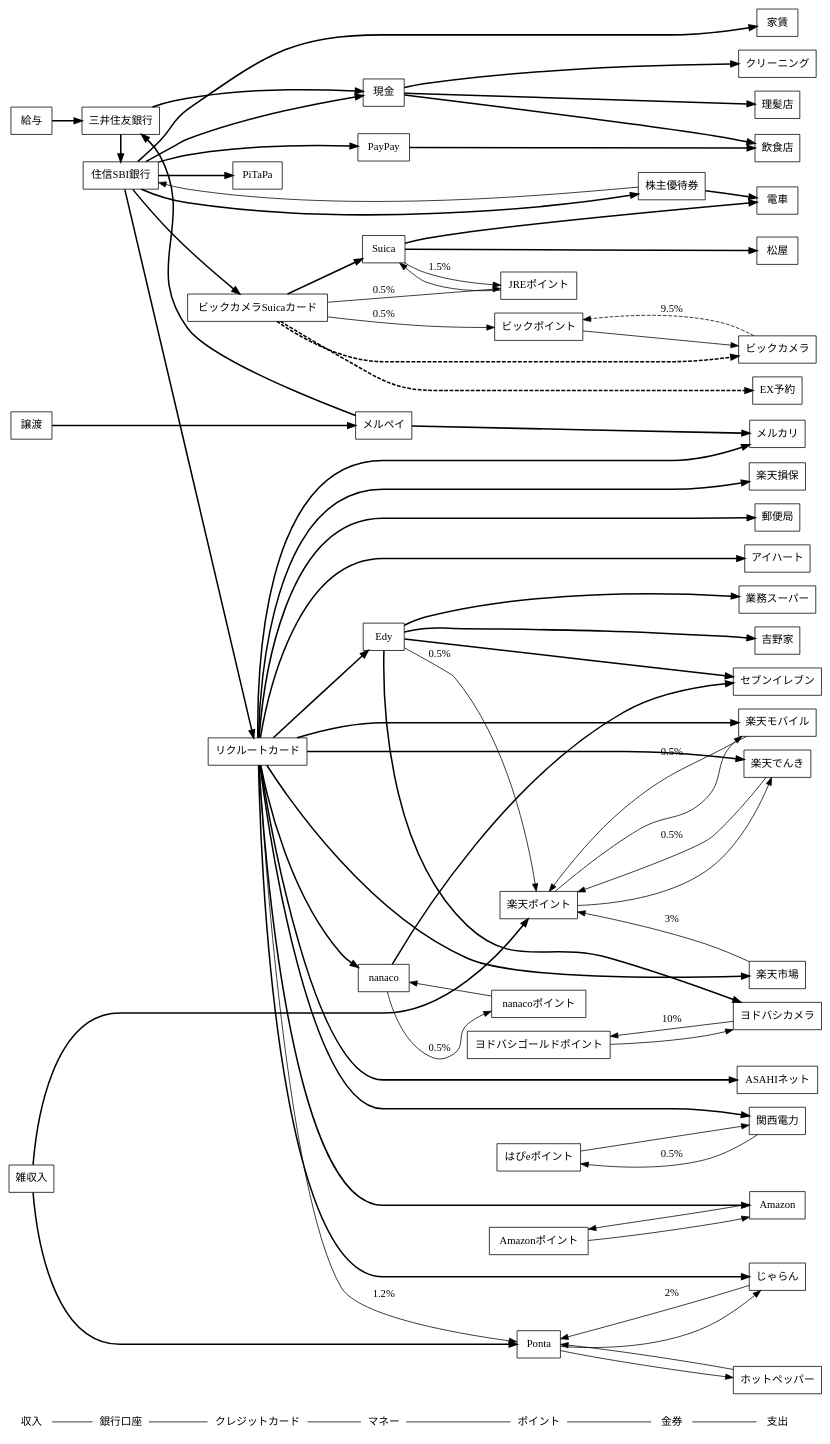
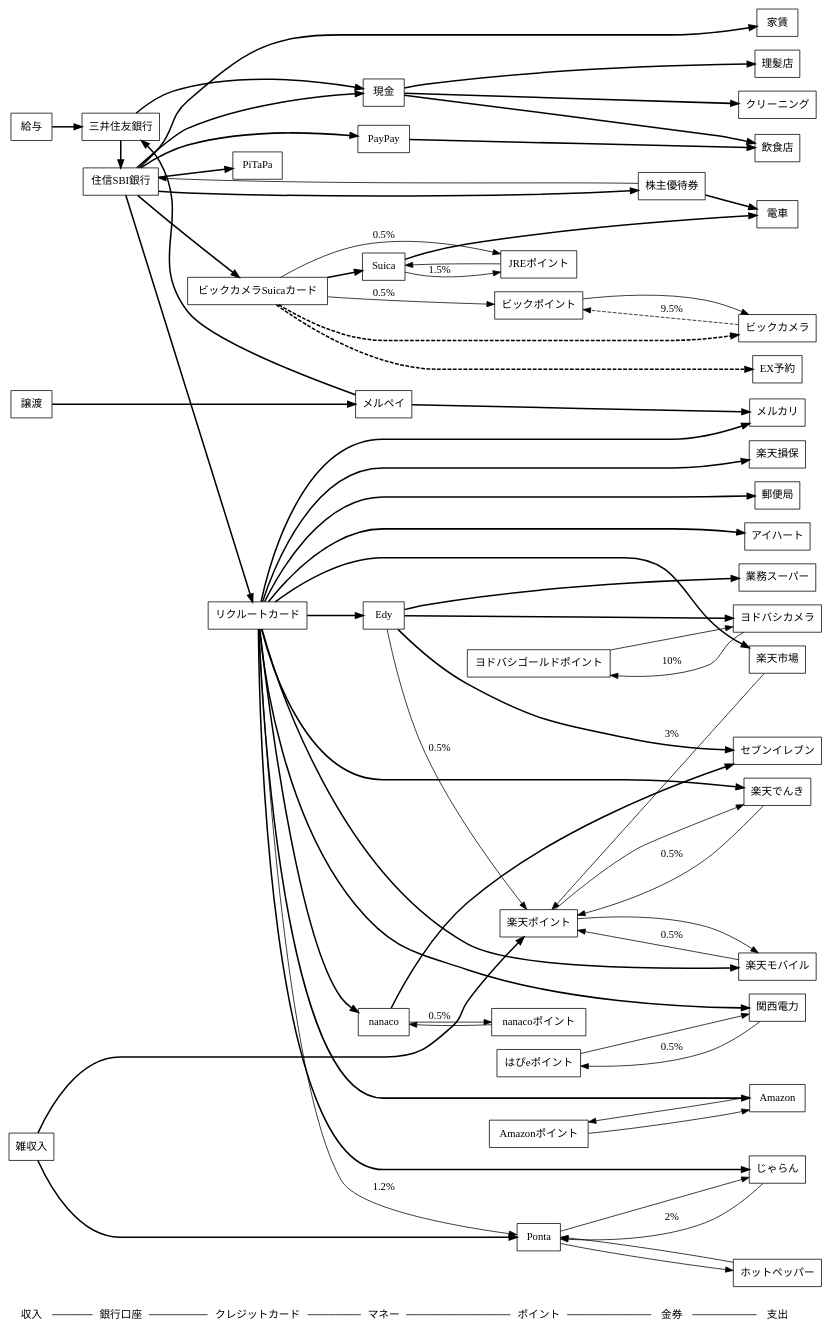
Before and after one commit to saireya/moneyflow: the diagram in moneyflow.dot, drawn with Graphviz. The commit also changed 1 other file, not shown here.

```diff
--- a/moneyflow.dot
+++ b/moneyflow.dot
@@ -1,169 +1,163 @@
 // dot -Tsvg moneyflow.dot -o moneyflow.svg
 // edge: bold: 支出, solid: 還元(label:還元率), dashed: Obsolete
 digraph "MoneyFlow"
 {
 	graph [ rankdir = LR ];
 	node [ shape = box ];
 
 	"収入", "銀行口座", "クレジットカード", "マネー", "ポイント", "金券", "支出" [shape = none];
 	"収入" -> "銀行口座" -> "クレジットカード" -> "マネー" -> "ポイント" -> "金券" -> "支出" [arrowhead = none];
 	{
 		rank = same; "収入";
 		給与;
 		譲渡;
 		雑収入;
 	}
 
 	{
 		rank = same; "銀行口座";
 		三井住友銀行;
 		住信SBI銀行;
 	}
 
 	{
 		rank = same; "クレジットカード";
 		ビックカメラSuicaカード;
 		リクルートカード;
 		PiTaPa;
 	}
 
 	{
 		rank = same; "マネー";
 		Suica;
 		現金;
 		nanaco;
 		Edy;
 		PayPay;
 		メルペイ;
 	}
 
 	{
 		rank = same; "ポイント";
 		// 共通ポイント
 		Ponta;
 		楽天ポイント;
 		// クレジットカード関係
 		JREポイント;
 		// 独自ポイント
 		ビックポイント;
 		Amazonポイント;
 		nanacoポイント;
 		ヨドバシゴールドポイント;
 		はぴeポイント;
 	}
 
 	{
 		rank = same; "金券";
 		株主優待券;
 	}
 
 	{
 		rank = same; "支出";
 		家賃;
 		// コンビニ
 		セブンイレブン;
 		// 交通
 		電車;
 		// インフラ
-		ASAHIネット;
 		楽天モバイル;
 		楽天でんき;
 		関西電力;
 		楽天損保;
 		郵便局;
 		// 店舗
 		アイハート;
 		ビックカメラ;
 		ヨドバシカメラ;
 		飲食店;
 		業務スーパー;
-		松屋;
-		吉野家;
 		理髪店;
 		クリーニング;
 		// ネット
 		Amazon;
 		EX予約;
 		じゃらん;
 		ホットペッパー;
 		メルカリ;
 		楽天市場;
 	}
 
 	// SMBC
 	給与 -> 三井住友銀行 [style="bold", weight=100];
 	三井住友銀行 -> 現金, 住信SBI銀行 [style="bold", weight=100];
 
 	// ビックカメラSuicaカード
 	ビックカメラSuicaカード -> JREポイント [label="0.5%"];
 	ビックカメラSuicaカード -> ビックカメラ [style="bold,dashed", weight=100];
 	ビックカメラ -> ビックポイント [style="dashed", label="9.5%"];
 	ビックカメラSuicaカード -> ビックポイント [label="0.5%"]
 	ビックポイント -> ビックカメラ;
 	ビックカメラSuicaカード -> Suica -> 電車 [style="bold", weight=100];
-	Suica -> 松屋 [style="bold", weight=100];
 	ビックカメラSuicaカード -> EX予約 [style="bold,dashed", weight=100];
 	Suica -> JREポイント [label="1.5%"];
 	JREポイント -> Suica;
 
 	// 住信SBI
 	住信SBI銀行 -> 現金 [style="bold", weight=100];
 	住信SBI銀行 -> 家賃 [style="bold", weight=100];
 	住信SBI銀行 -> ビックカメラSuicaカード, リクルートカード, PiTaPa [style="bold", weight=100];
 	住信SBI銀行 -> PayPay [style="bold", weight=100];
 	PayPay -> 飲食店 [style="bold", weight=100];
 	住信SBI銀行 -> 株主優待券 [style="bold", weight=100];
 	株主優待券 -> 電車 [style="bold", weight=100];
 	株主優待券 -> 住信SBI銀行;
 
 	// リクルートカード
-	リクルートカード -> ASAHIネット [style="bold", weight=100];
 	リクルートカード -> Amazon [style="bold", weight=100];
 	リクルートカード -> じゃらん [style="bold", weight=100];
 	リクルートカード -> アイハート [style="bold", weight=100];
 	リクルートカード -> 関西電力 [style="bold", weight=100];
 	関西電力 -> はぴeポイント [label="0.5%"];
 	はぴeポイント -> 関西電力;
 	リクルートカード -> 楽天でんき [style="bold", weight=100];
 	楽天でんき -> 楽天ポイント [label="0.5%"];
 	リクルートカード -> 楽天損保 [style="bold", weight=100];
 	リクルートカード -> 楽天市場 [style="bold", weight=100];
 	楽天市場 -> 楽天ポイント [label="3%"];
 	リクルートカード -> 楽天モバイル [style="bold", weight=100];
 	楽天モバイル -> 楽天ポイント [label="0.5%"];
 	楽天ポイント -> 楽天モバイル, 楽天でんき;
 	リクルートカード -> Edy [style="bold", weight=100];
 	Edy -> ヨドバシカメラ [style="bold", weight=100];
 	ヨドバシカメラ -> ヨドバシゴールドポイント [label="10%"];
 	ヨドバシゴールドポイント -> ヨドバシカメラ;
-	Edy -> 吉野家 [style="bold", weight=100];
 	Edy -> 楽天ポイント [label="0.5%"];
 	リクルートカード -> Ponta [label="1.2%"];
 	Ponta -> じゃらん;
 	じゃらん -> Ponta [label="2%"];
 	Ponta -> ホットペッパー;
 	ホットペッパー -> Ponta;
 	Amazon -> Amazonポイント -> Amazon;
 	リクルートカード -> nanaco [style="bold", weight=100];
 	nanaco -> セブンイレブン [style="bold", weight=100];
 	nanaco -> nanacoポイント [label="0.5%"];
 	nanacoポイント -> nanaco;
 	Edy -> 業務スーパー [style="bold", weight=100];
 	リクルートカード -> 郵便局 [style="bold", weight=100];
 	Edy -> セブンイレブン [style="bold", weight=100];
 
 	// 現金
 	現金 -> 飲食店 [style="bold", weight=100];
 	現金 -> 理髪店 [style="bold", weight=100];
 	現金 -> クリーニング [style="bold", weight=100];
 
 	// 譲渡
 	譲渡 -> メルペイ [style="bold", weight=100];
 	メルペイ -> メルカリ [style="bold", weight=100];
 	メルペイ -> 三井住友銀行 [style="bold", weight=100];
 	リクルートカード -> メルカリ [style="bold", weight=100];
 
 	// 雑収入
 	雑収入 -> 楽天ポイント [style="bold", weight=100];
 	雑収入 -> Ponta [style="bold", weight=100];
 }
```
